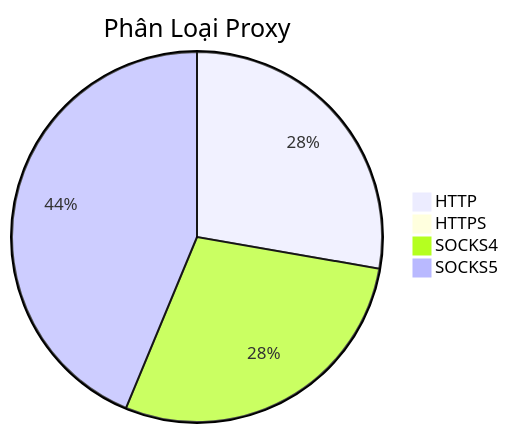
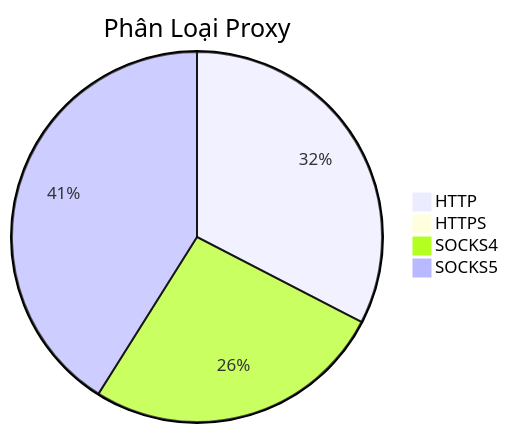
The diagram in README.md (Ciara-Aa/PROXY-free), drawn with Mermaid before and after one commit. The commit also changed other lines of this file and 4 other files, not shown here.

````diff
--- a/README.md
+++ b/README.md
@@ -26,7 +26,7 @@
 ```mermaid
 pie title Phân Loại Proxy
-    "HTTP" : 248
-    "HTTPS" : 1
-    "SOCKS4" : 255
-    "SOCKS5" : 391
+    "HTTP" : 292
+    "HTTPS" : 3
+    "SOCKS4" : 236
+    "SOCKS5" : 368
 ```
````
